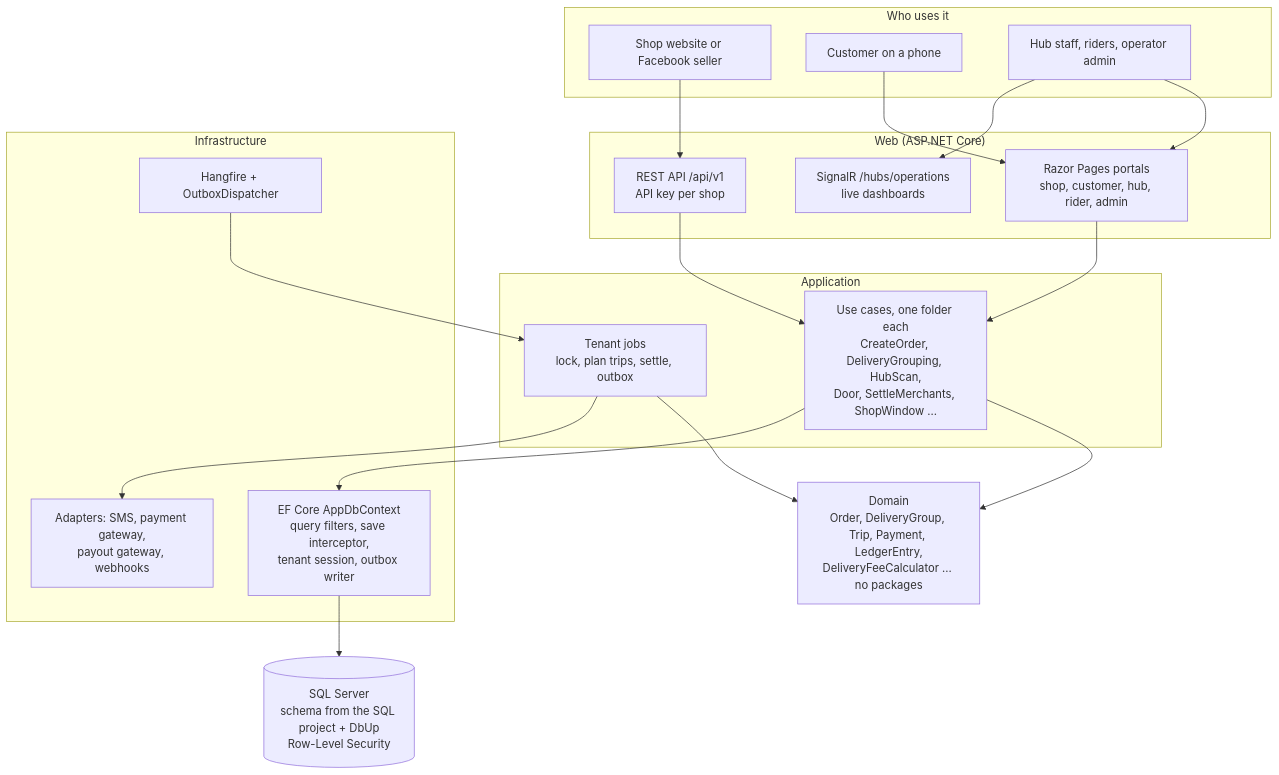
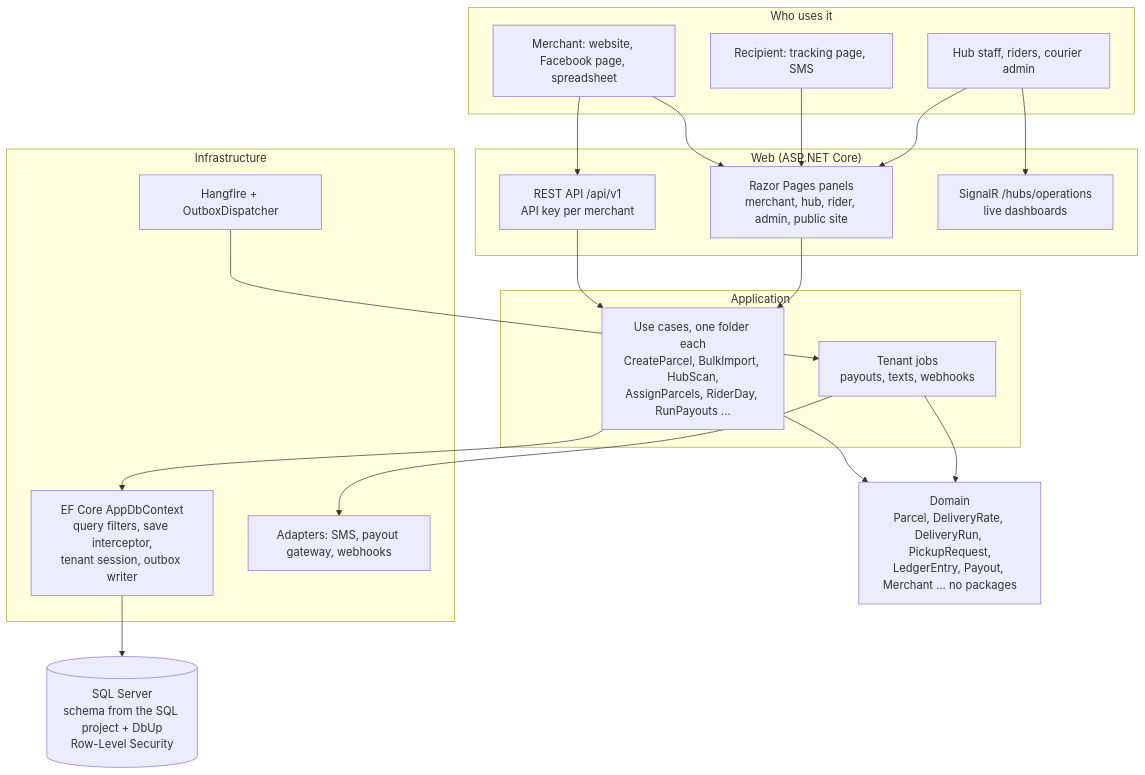
Before and after one commit to talha33177net-eng/OneDrop-Courier-Service-Project-: the first of 6 diagrams in Documentation/Architecture.md, drawn with Mermaid. The commit also changed other lines of this file and 461 other files, not shown here.

First line of the commit message:
Rebuild as a traditional courier: parcels, hubs, riders, COD ledger and next-day payouts

````diff
--- a/Documentation/Architecture.md
+++ b/Documentation/Architecture.md
@@ -11,42 +11,43 @@
 ```mermaid
 flowchart TB
     subgraph Users["Who uses it"]
-        Shop["Shop website or Facebook seller"]
-        Customer["Customer on a phone"]
-        Staff["Hub staff, riders, operator admin"]
+        Shop["Merchant: website, Facebook page, spreadsheet"]
+        Public["Recipient: tracking page, SMS"]
+        Staff["Hub staff, riders, courier admin"]
     end
 
     subgraph Web["Web (ASP.NET Core)"]
-        Api["REST API /api/v1<br/>API key per shop"]
-        Pages["Razor Pages portals<br/>shop, customer, hub, rider, admin"]
+        Api["REST API /api/v1<br/>API key per merchant"]
+        Pages["Razor Pages panels<br/>merchant, hub, rider, admin, public site"]
         Live["SignalR /hubs/operations<br/>live dashboards"]
     end
 
     subgraph App["Application"]
-        Slices["Use cases, one folder each<br/>CreateOrder, DeliveryGrouping, HubScan,<br/>Door, SettleMerchants, ShopWindow ..."]
-        Jobs["Tenant jobs<br/>lock, plan trips, settle, outbox"]
+        Slices["Use cases, one folder each<br/>CreateParcel, BulkImport, HubScan,<br/>AssignParcels, RiderDay, RunPayouts ..."]
+        Jobs["Tenant jobs<br/>payouts, texts, webhooks"]
     end
 
-    Domain["Domain<br/>Order, DeliveryGroup, Trip, Payment, LedgerEntry,<br/>DeliveryFeeCalculator ... no packages"]
+    Domain["Domain<br/>Parcel, DeliveryRate, DeliveryRun, PickupRequest,<br/>LedgerEntry, Payout, Merchant ... no packages"]
 
     subgraph Infra["Infrastructure"]
         Ef["EF Core AppDbContext<br/>query filters, save interceptor,<br/>tenant session, outbox writer"]
-        Adapters["Adapters: SMS, payment gateway,<br/>payout gateway, webhooks"]
+        Adapters["Adapters: SMS, payout gateway, webhooks"]
         Hangfire["Hangfire + OutboxDispatcher"]
     end
 
     Sql[("SQL Server<br/>schema from the SQL project + DbUp<br/>Row-Level Security")]
 
     Shop --> Api
-    Customer --> Pages
+    Shop --> Pages
+    Public --> Pages
     Staff --> Pages
     Staff --> Live
     Api --> Slices
     Pages --> Slices
     Slices --> Domain
     Jobs --> Domain
     Hangfire --> Jobs
     Slices --> Ef
     Ef --> Sql
     Jobs --> Adapters
 ```
````
